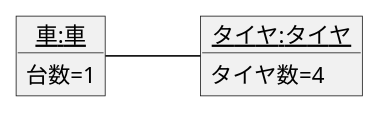
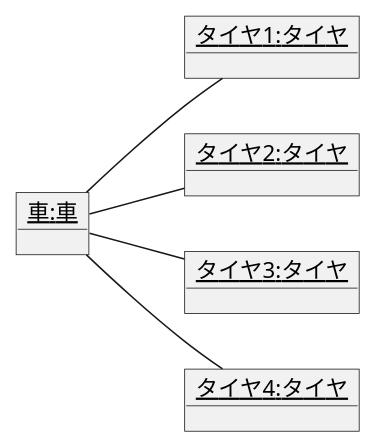
The diagram in 演習3-4_オブジェクト図.pu (nishizawa-24/UML-introduction), drawn with PlantUML before and after one commit.

Commit message:
演習3-4_オブジェクト図

```diff
--- a/演習3-4_オブジェクト図.pu
+++ b/演習3-4_オブジェクト図.pu
@@ -1,13 +1,14 @@
 @startuml オブジェクト図
 left to right direction
 
-object "<u>車:車</u>" as c {
-    台数=1
-}
+object "<u>車:車</u>" as c
+object "<u>タイヤ1:タイヤ</u>" as t1
+object "<u>タイヤ2:タイヤ</u>" as t2
+object "<u>タイヤ3:タイヤ</u>" as t3
+object "<u>タイヤ4:タイヤ</u>" as t4
 
-object "<u>タイヤ:タイヤ</u>" as t {
-    タイヤ数=4
-}
-
-c -- t
+c -- t1
+c -- t2
+c -- t3
+c -- t4
 @enduml
```
